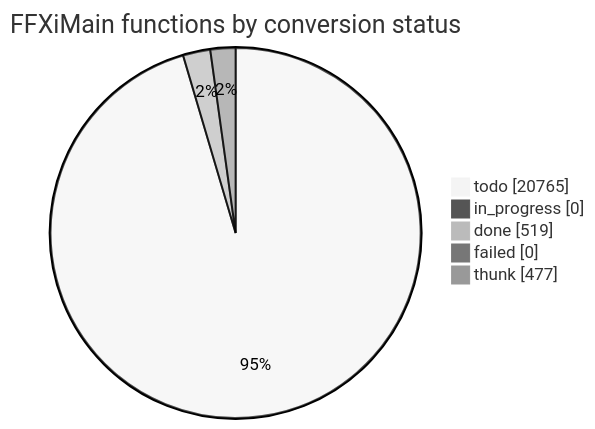
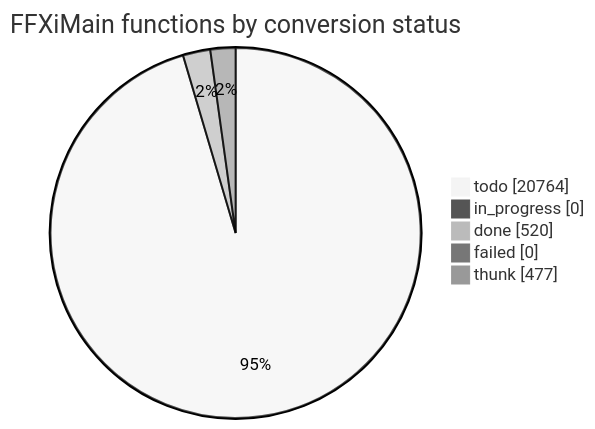
The diagram in docs/cow/STATUS.md (cowrevenge/cow_kuluu_xi_anything), drawn with Mermaid (neutral theme) before and after one commit. The commit also changed other lines of this file and 9 other files, not shown here.

````diff
--- a/docs/cow/STATUS.md
+++ b/docs/cow/STATUS.md
@@ -18,9 +18,9 @@
 ```mermaid
 pie showData
     title FFXiMain functions by conversion status
-    "todo" : 20765
+    "todo" : 20764
     "in_progress" : 0
-    "done" : 519
+    "done" : 520
     "failed" : 0
     "thunk" : 477
 ```
````
